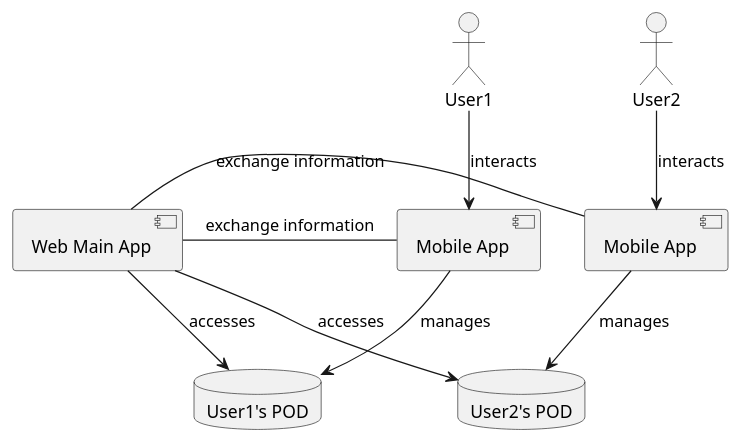
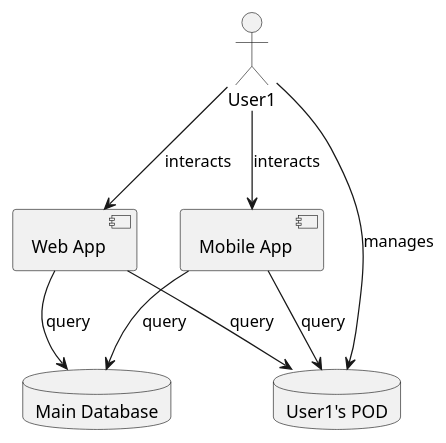
One commit to Arquisoft/radarin_en1b changed the diagram in webapp/docs/03_system_scope_and_context.adoc. Above: the diagram before and after it, drawn with PlantUML. The commit also changed other lines of this file, not shown here.

Commit message:
Revision of documentation 3

```diff
--- a/webapp/docs/03_system_scope_and_context.adoc
+++ b/webapp/docs/03_system_scope_and_context.adoc
@@ -15,15 +16,14 @@
 [plantuml,"ComponentDiagramContextAndScope",png]
 ----
+database "Main Database" as Mdb
 database "User1's POD" as Pod1
-database "User2's POD" as Pod2
-component "Mobile App" as MAV1
-component "Mobile App" as MAV2
-:User1: --> [MAV1]: interacts
-:User2: --> [MAV2]: interacts
-[MAV1] --> [Pod1]: manages
-[MAV2] --> [Pod2]: manages
-[Web Main App] - [MAV1]: exchange information
-[Web Main App] - [MAV2]: exchange information
-[Web Main App] --> [Pod1]: accesses
-[Web Main App] --> [Pod2]: accesses
+component "Web App" as WApp
+component "Mobile App" as MApp
+[WApp] --> [Mdb]: query
+[MApp] --> [Mdb]: query
+[WApp] --> [Pod1]: query
+[MApp] --> [Pod1]: query
+:User1: --> [WApp]: interacts
+:User1: --> [MApp]: interacts
+:User1: --> [Pod1]: manages
 ----
```
